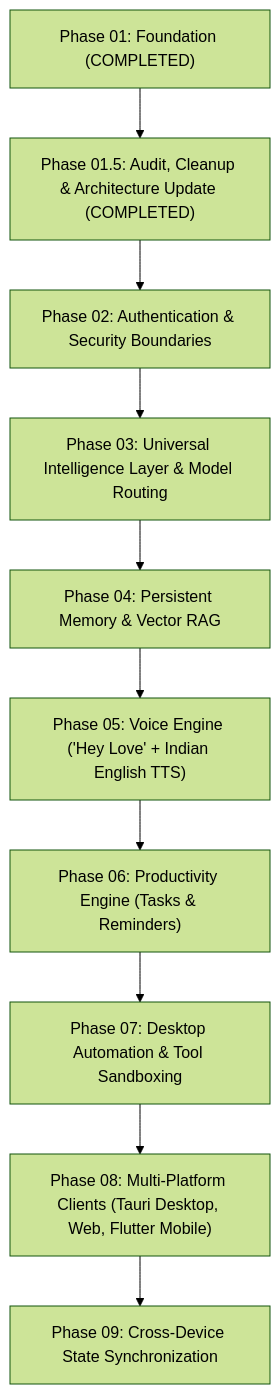
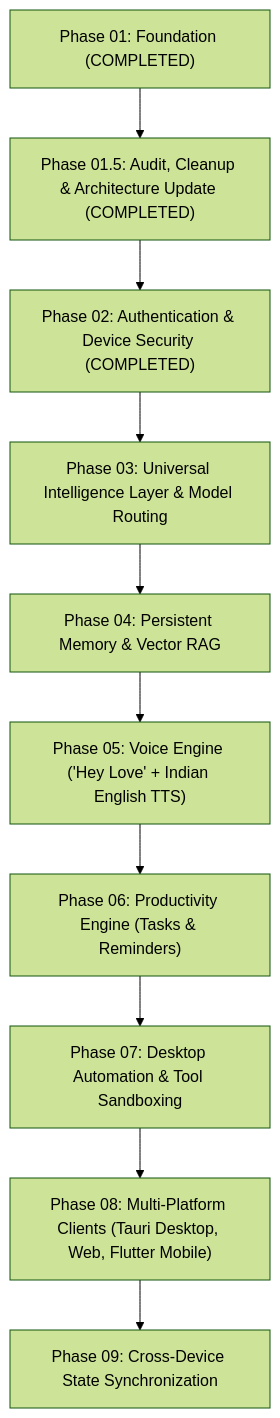
The diagram in documentation/PROJECT_STATUS.md (Moneshwar-2005/Love), drawn with Mermaid (forest theme) before and after one commit. The commit also changed other lines of this file and 40 other files, not shown here.

Commit message:
feat(phase-02): implement authentication, user identity and device security with alembic migrations

````diff
--- a/documentation/PROJECT_STATUS.md
+++ b/documentation/PROJECT_STATUS.md
@@ -71,12 +89,12 @@
 ```mermaid
 flowchart TD
     P1["Phase 01: Foundation (COMPLETED)"] --> P15["Phase 01.5: Audit, Cleanup & Architecture Update (COMPLETED)"]
-    P15 --> P2["Phase 02: Authentication & Security Boundaries"]
+    P15 --> P2["Phase 02: Authentication & Device Security (COMPLETED)"]
     P2 --> P3["Phase 03: Universal Intelligence Layer & Model Routing"]
     P3 --> P4["Phase 04: Persistent Memory & Vector RAG"]
     P4 --> P5["Phase 05: Voice Engine ('Hey Love' + Indian English TTS)"]
     P5 --> P6["Phase 06: Productivity Engine (Tasks & Reminders)"]
     P6 --> P7["Phase 07: Desktop Automation & Tool Sandboxing"]
     P7 --> P8["Phase 08: Multi-Platform Clients (Tauri Desktop, Web, Flutter Mobile)"]
     P8 --> P9["Phase 09: Cross-Device State Synchronization"]
 ```
````
